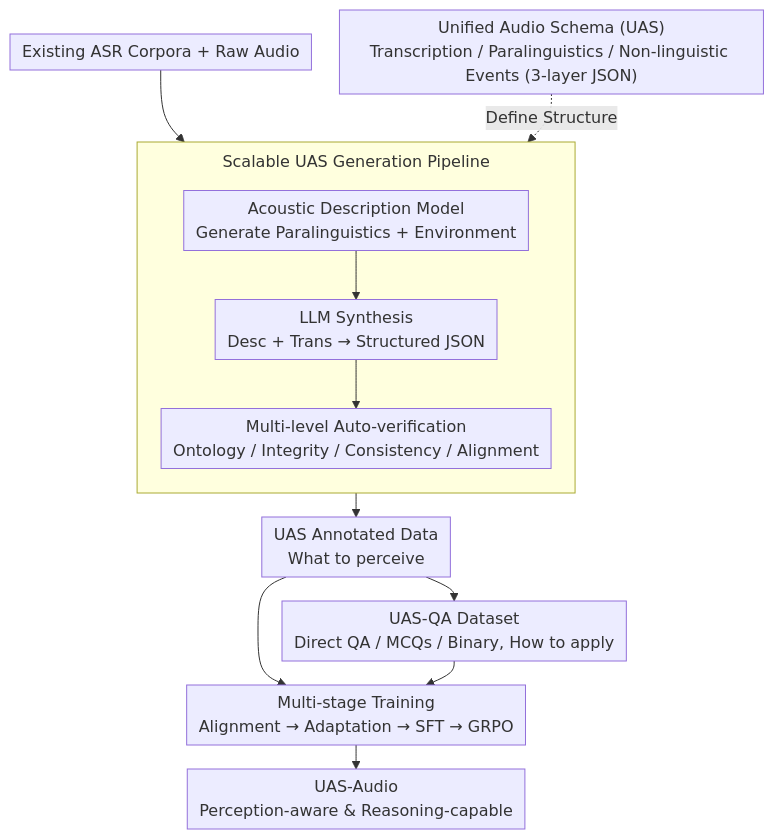
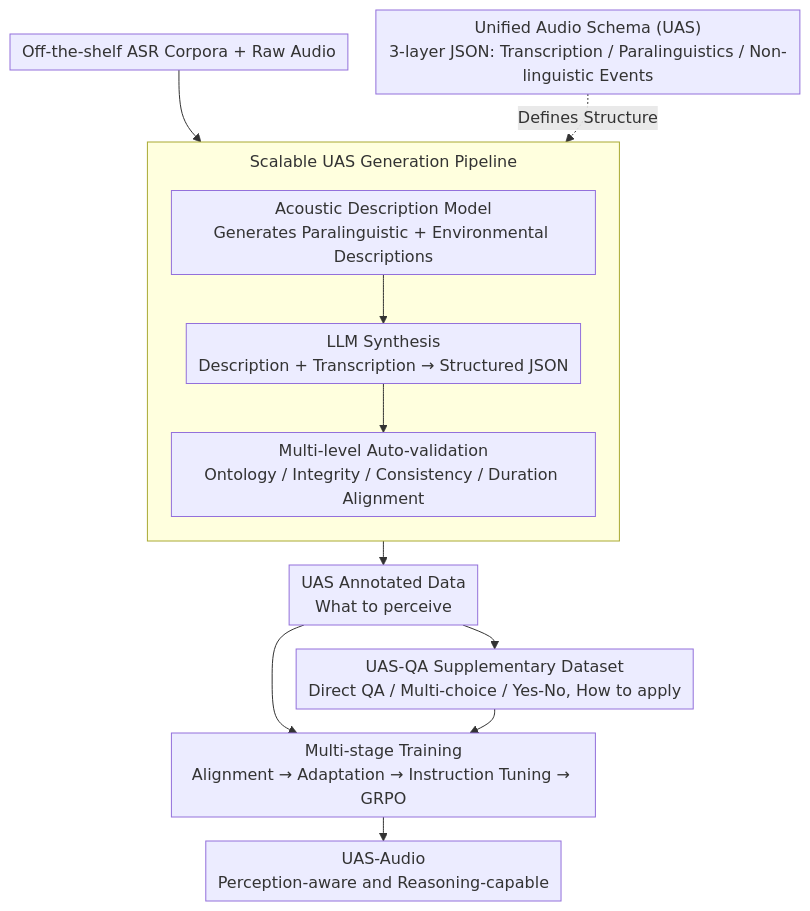
The diagram in docs/ACL2026/audio_speech/beyond_transcription_unified_audio_schema_for_perception-aware_audiollms.md (zhaoyang97/Paper-Notes-en), drawn with Mermaid before and after one commit. The commit also changed other lines of this file and 5084 other files, not shown here.

````diff
--- a/docs/ACL2026/audio_speech/beyond_transcription_unified_audio_schema_for_perception-aware_audiollms.md
+++ b/docs/ACL2026/audio_speech/beyond_transcription_unified_audio_schema_for_perception-aware_audiollms.md
@@ -47,16 +47,16 @@
 ```mermaid
 %%{init: {'flowchart': {'rankSpacing': 24, 'nodeSpacing': 28, 'padding': 6, 'wrappingWidth': 400, 'subGraphTitleMargin': {'top': 8, 'bottom': 16}}}}%%
 flowchart TD
-    A["Existing ASR Corpora + Raw Audio"] --> P
-    SCHEMA["Unified Audio Schema (UAS)<br/>Transcription / Paralinguistics / Non-linguistic Events (3-layer JSON)"] -.Define Structure.-> P
+    A["Off-the-shelf ASR Corpora + Raw Audio"] --> P
+    SCHEMA["Unified Audio Schema (UAS)<br/>3-layer JSON: Transcription / Paralinguistics / Non-linguistic Events"] -.Defines Structure.-> P
     subgraph P["Scalable UAS Generation Pipeline"]
         direction TB
-        P1["Acoustic Description Model<br/>Generate Paralinguistics + Environment"] --> P2["LLM Synthesis<br/>Desc + Trans → Structured JSON"]
-        P2 --> P3["Multi-level Auto-verification<br/>Ontology / Integrity / Consistency / Alignment"]
+        P1["Acoustic Description Model<br/>Generates Paralinguistic + Environmental Descriptions"] --> P2["LLM Synthesis<br/>Description + Transcription → Structured JSON"]
+        P2 --> P3["Multi-level Auto-validation<br/>Ontology / Integrity / Consistency / Duration Alignment"]
     end
     P --> ANN["UAS Annotated Data<br/>What to perceive"]
-    ANN --> QA["UAS-QA Dataset<br/>Direct QA / MCQs / Binary, How to apply"]
+    ANN --> QA["UAS-QA Supplementary Dataset<br/>Direct QA / Multi-choice / Yes-No, How to apply"]
     ANN --> TRAIN
     QA --> TRAIN
-    TRAIN["Multi-stage Training<br/>Alignment → Adaptation → SFT → GRPO"] --> OUT["UAS-Audio<br/>Perception-aware & Reasoning-capable"]
+    TRAIN["Multi-stage Training<br/>Alignment → Adaptation → Instruction Tuning → GRPO"] --> OUT["UAS-Audio<br/>Perception-aware and Reasoning-capable"]
 ```
````
